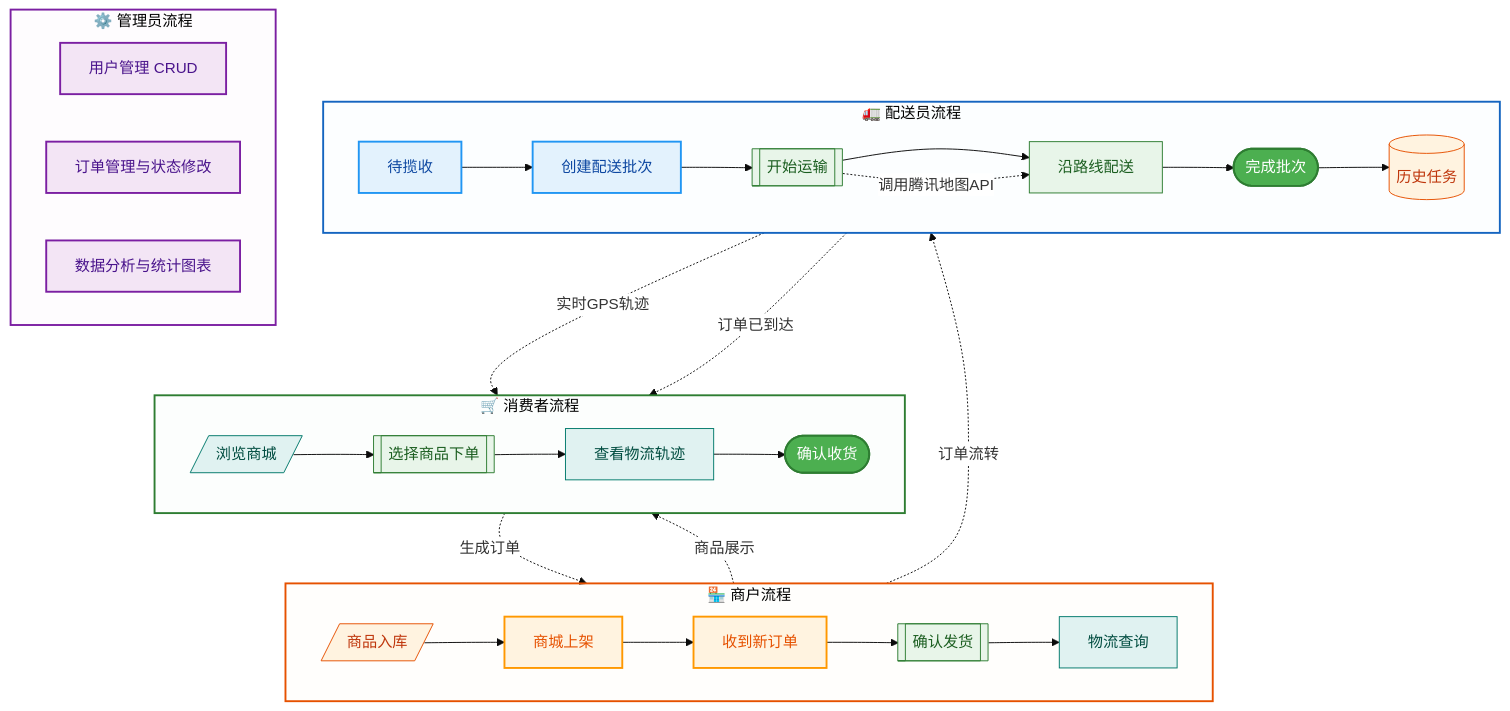
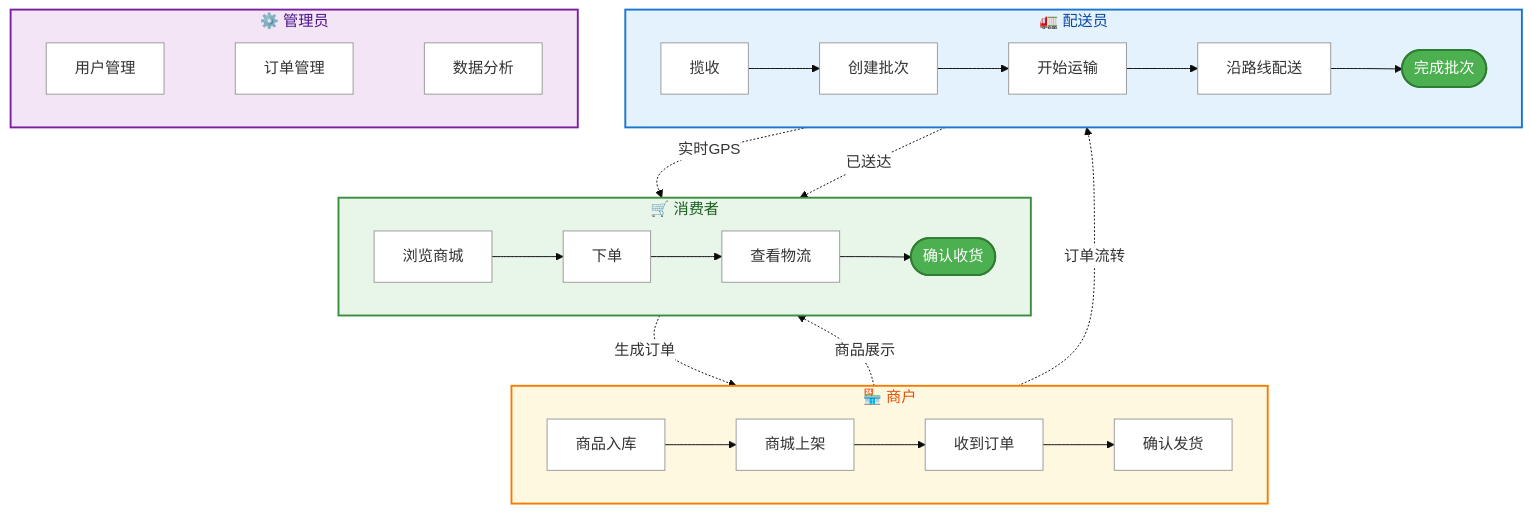
One commit to Liutianci99/grad_pilipala changed the diagram in README.md. Above: the diagram before and after it, drawn with Mermaid. The commit also changed other lines of this file, not shown here.

Commit message:
docs: simplify flowchart — one clean diagram, less noise

````diff
--- a/README.md
+++ b/README.md
@@ -44,68 +16,38 @@
 ```mermaid
 %%{init: {'theme':'base', 'themeVariables': {'primaryColor':'#f0f0f0', 'edgeLabelBackground':'#ffffff'}}}%%
 flowchart TB
-%% === MERCHANT FLOW ===
-    subgraph MerchantFlow["🏪 商户流程"]
+    subgraph MerchantFlow["🏪 商户"]
         direction LR
-        StockIn[/商品入库/]:::storageLayer
-        Publish[商城上架]:::merchantLayer
-        ReceiveOrder[收到新订单]:::merchantLayer
-        ShipOrder[[确认发货]]:::processingLayer
-        MerchantTrack[物流查询]:::presentationLayer
-        StockIn --> Publish --> ReceiveOrder --> ShipOrder --> MerchantTrack
+        StockIn[商品入库] --> Publish[商城上架] --> ReceiveOrder[收到订单] --> ShipOrder[确认发货]
     end
 
-%% === CONSUMER FLOW ===
-    subgraph ConsumerFlow["🛒 消费者流程"]
+    subgraph ConsumerFlow["🛒 消费者"]
         direction LR
-        BrowseMall[/浏览商城/]:::presentationLayer
-        PlaceOrder[[选择商品下单]]:::processingLayer
-        TrackLogistics[查看物流轨迹]:::presentationLayer
-        ConfirmReceive([确认收货]):::operational
-        BrowseMall --> PlaceOrder --> TrackLogistics --> ConfirmReceive
+        BrowseMall[浏览商城] --> PlaceOrder[下单] --> TrackLogistics[查看物流] --> ConfirmReceive([确认收货])
     end
 
-%% === DRIVER FLOW ===
-    subgraph DriverFlow["🚛 配送员流程"]
+    subgraph DriverFlow["🚛 配送员"]
         direction LR
-        Pickup[待揽收]:::driverLayer
-        CreateBatchNode[创建配送批次]:::driverLayer
-        StartDelivery[[开始运输]]:::processingLayer
-        OnRoute[沿路线配送]:::processingLayer
-        CompleteBatch([完成批次]):::operational
-        HistoryTasks[(历史任务)]:::storageLayer
-        Pickup --> CreateBatchNode --> StartDelivery --> OnRoute --> CompleteBatch --> HistoryTasks
+        Pickup[揽收] --> CreateBatch[创建批次] --> StartDelivery[开始运输] --> OnRoute[沿路线配送] --> CompleteBatch([完成批次])
     end
 
-%% === ADMIN FLOW ===
-    subgraph AdminFlow["⚙️ 管理员流程"]
+    subgraph AdminFlow["⚙️ 管理员"]
         direction LR
-        UserMgmt[用户管理 CRUD]:::adminLayer
-        OrderMgmt[订单管理与状态修改]:::adminLayer
-        DataAnalysis[数据分析与统计图表]:::adminLayer
+        UserMgmt[用户管理] ~~~ OrderMgmt[订单管理] ~~~ DataAnalysis[数据分析]
     end
 
-%% === CROSS-ROLE INTERACTIONS ===
     Publish -.->|商品展示| BrowseMall
     PlaceOrder -.->|生成订单| ReceiveOrder
     ShipOrder -.->|订单流转| Pickup
-    StartDelivery -.->|调用腾讯地图API| OnRoute
-    OnRoute -.->|实时GPS轨迹| TrackLogistics
-    CompleteBatch -.->|订单已到达| ConfirmReceive
+    OnRoute -.->|实时GPS| TrackLogistics
+    CompleteBatch -.->|已送达| ConfirmReceive
 
-%% === SUBGRAPH STYLES ===
-    style MerchantFlow fill:#FFF8E120,stroke:#E65100,stroke-width:2px
-    style ConsumerFlow fill:#E8F5E920,stroke:#2E7D32,stroke-width:2px
-    style DriverFlow fill:#E3F2FD20,stroke:#1565C0,stroke-width:2px
-    style AdminFlow fill:#F3E5F520,stroke:#7B1FA2,stroke-width:2px
+    style MerchantFlow fill:#FFF8E1,stroke:#F57C00,stroke-width:2px,color:#E65100
+    style ConsumerFlow fill:#E8F5E9,stroke:#388E3C,stroke-width:2px,color:#1B5E20
+    style DriverFlow fill:#E3F2FD,stroke:#1976D2,stroke-width:2px,color:#0D47A1
+    style AdminFlow fill:#F3E5F5,stroke:#7B1FA2,stroke-width:2px,color:#4A148C
 
-%% === SEMANTIC COLOR DEFINITIONS ===
-    classDef operational fill:#4CAF50,stroke:#2E7D32,color:#FFFFFF,stroke-width:2px
-    classDef info fill:#2196F3,stroke:#1565C0,color:#FFFFFF,stroke-width:2px
-    classDef processingLayer fill:#E8F5E9,stroke:#2E7D32,color:#1B5E20,stroke-width:1px
-    classDef storageLayer fill:#FFF3E0,stroke:#E65100,color:#BF360C,stroke-width:1px
-    classDef presentationLayer fill:#E0F2F1,stroke:#00796B,color:#004D40,stroke-width:1px
-    classDef merchantLayer fill:#FFF3E0,stroke:#FF9800,color:#E65100,stroke-width:2px
-    classDef driverLayer fill:#E3F2FD,stroke:#2196F3,color:#0D47A1,stroke-width:2px
-    classDef adminLayer fill:#F3E5F5,stroke:#7B1FA2,color:#4A148C,stroke-width:2px
+    classDef default fill:#ffffff,stroke:#999999,color:#333333,stroke-width:1px
+    classDef done fill:#4CAF50,stroke:#2E7D32,color:#FFFFFF,stroke-width:2px
+    class ConfirmReceive,CompleteBatch done
 ```
````
